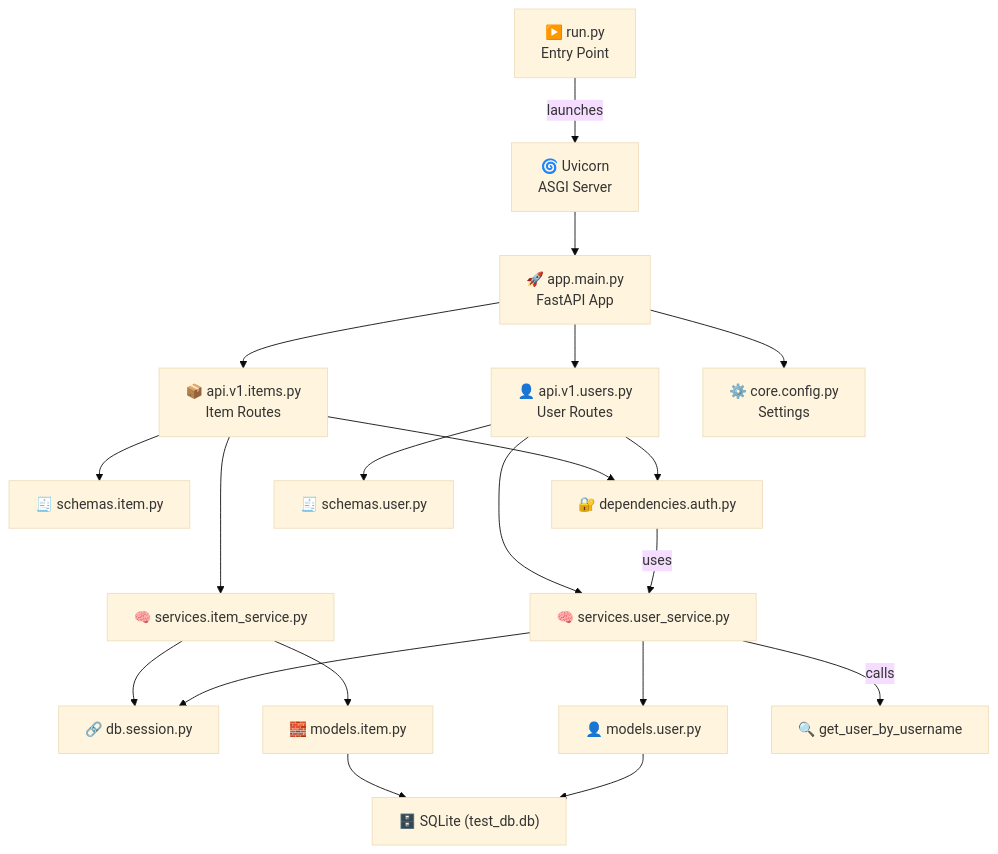
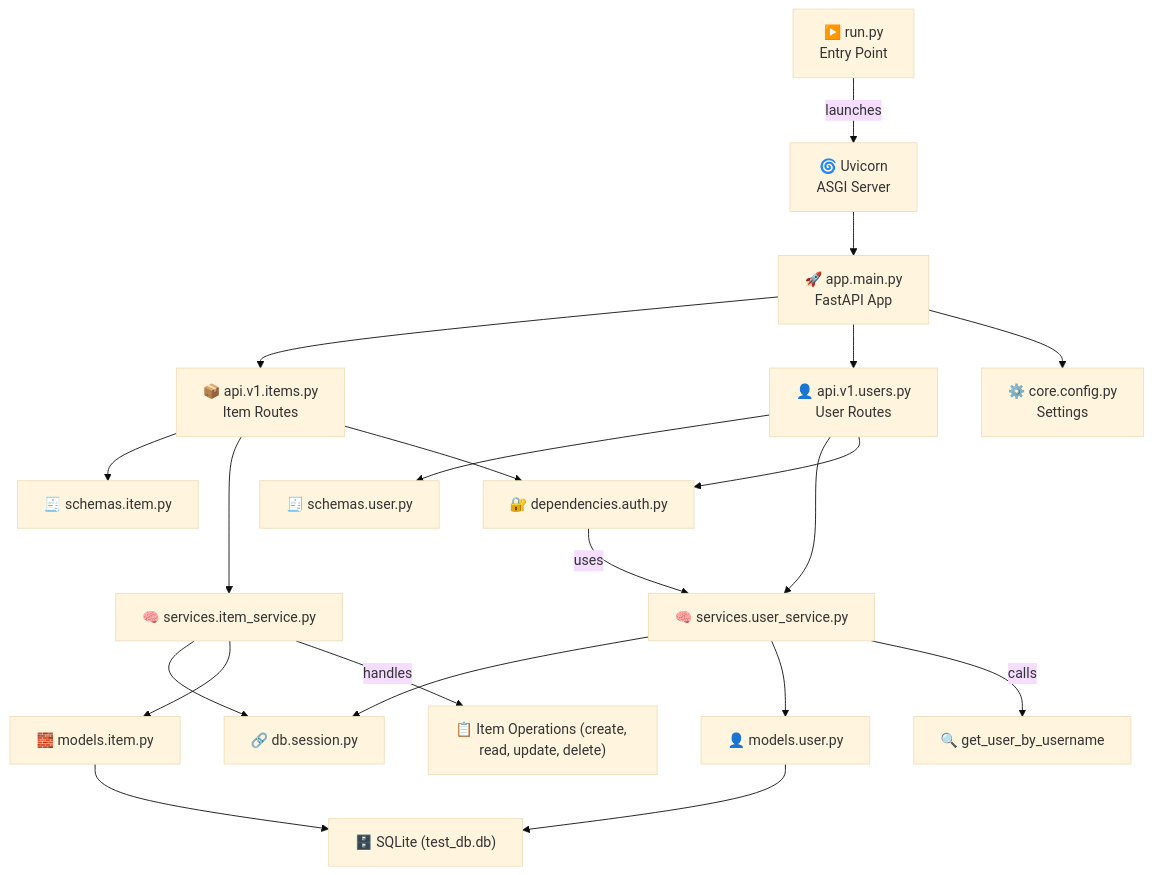
One commit to berserkhmdvhb/fastapi-template-dev changed the first of 2 diagrams in README.md. Above: the diagram before and after it, drawn with Mermaid (base theme).

````diff
--- a/README.md
+++ b/README.md
@@ -52,33 +52,34 @@
 ```mermaid
 graph TD
     Run["▶️ run.py<br/>Entry Point"] -->|launches| Uvicorn["🌀 Uvicorn<br/>ASGI Server"]
     Uvicorn --> AppMain["🚀 app.main.py<br/>FastAPI App"]
 
     %% App Layer
     AppMain --> ItemRouter["📦 api.v1.items.py<br/>Item Routes"]
     AppMain --> UserRouter["👤 api.v1.users.py<br/>User Routes"]
     AppMain --> Settings["⚙️ core.config.py<br/>Settings"]
 
     %% Routers
     ItemRouter --> ItemSchemas["🧾 schemas.item.py"]
     ItemRouter --> ItemService["🧠 services.item_service.py"]
     ItemRouter --> Auth["🔐 dependencies.auth.py"]
 
     UserRouter --> UserSchemas["🧾 schemas.user.py"]
     UserRouter --> UserService["🧠 services.user_service.py"]
     UserRouter --> Auth
 
     %% Services to DB
     ItemService --> Session["🔗 db.session.py"]
     UserService --> Session
 
     ItemService --> ItemModel["🧱 models.item.py"]
     UserService --> UserModel["👤 models.user.py"]
 
     ItemModel --> DB["🗄️ SQLite (test_db.db)"]
     UserModel --> DB
 
-    %% New user retrieval flow
+    %% Abstract service calls
     Auth -->|uses| UserService["🧠 services.user_service.py"]
     UserService -->|calls| get_user_by_username["🔍 get_user_by_username"]
+    ItemService -->|handles| ItemOperations["📋 Item Operations (create, read, update, delete)"]
 ```
````
